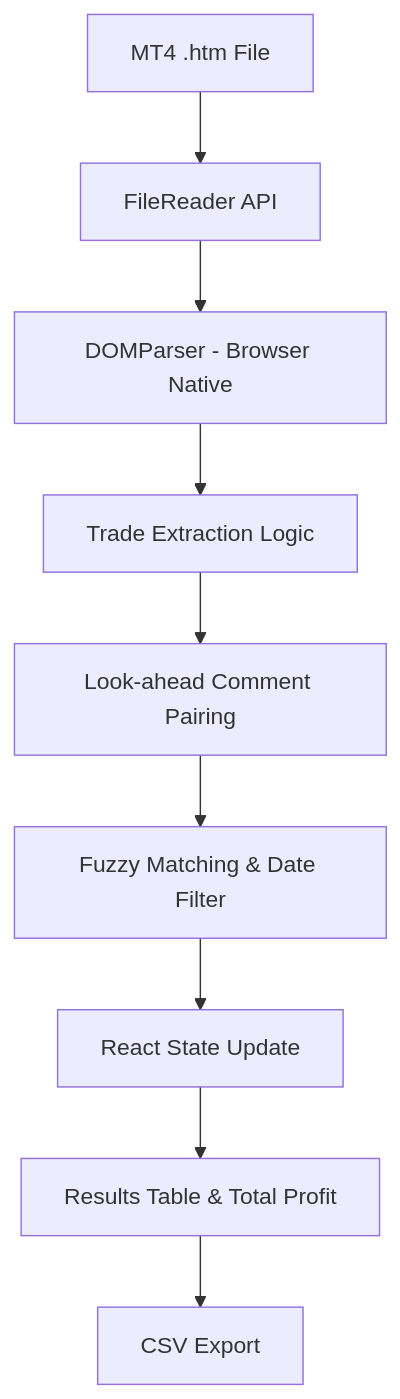
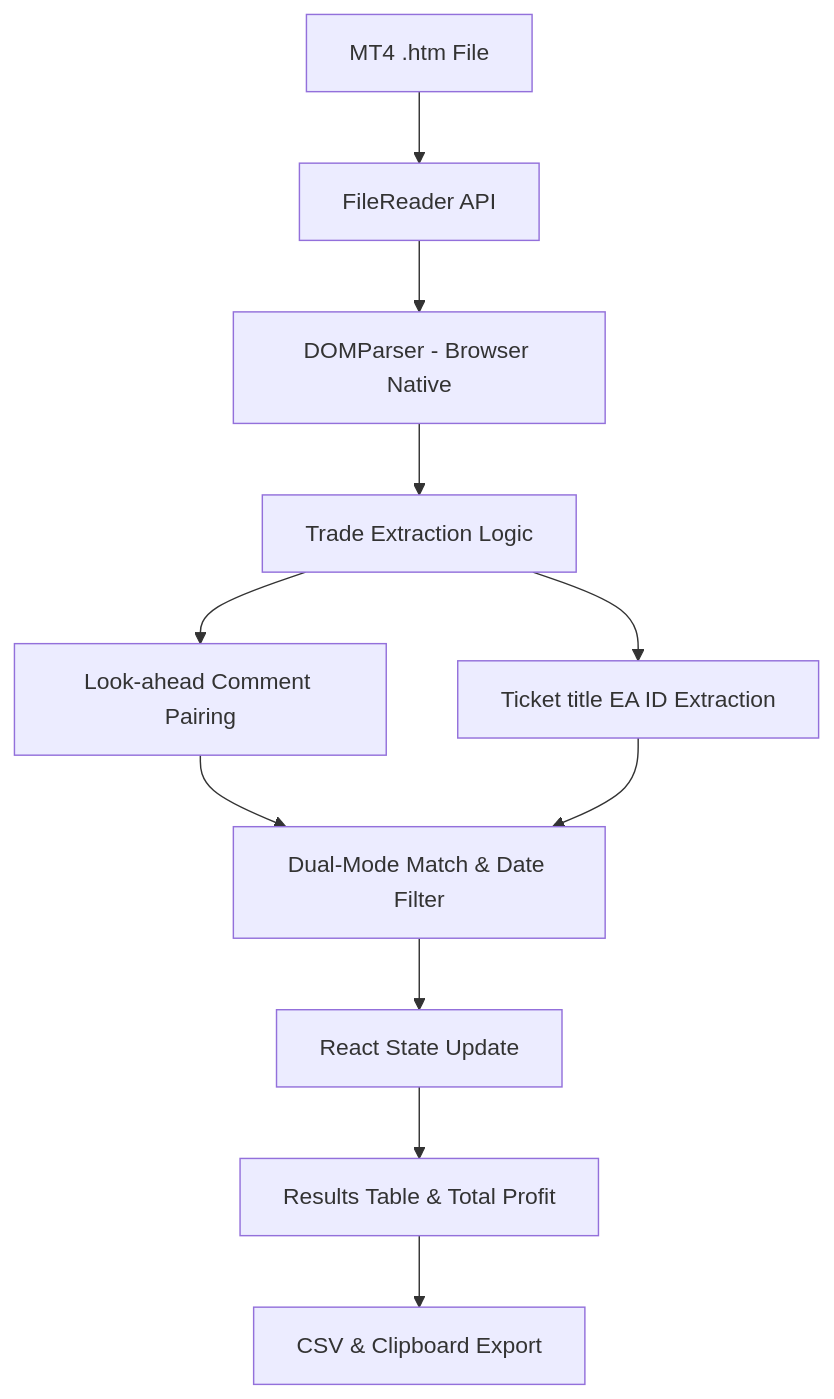
The diagram in metatrader-analyzer-skills/system-design.md (tuannho0802/MetaTrader-Report-Analzyer), drawn with Mermaid before and after one commit. The commit also changed 15 other files, not shown here.

````diff
--- a/metatrader-analyzer-skills/system-design.md
+++ b/metatrader-analyzer-skills/system-design.md
@@ -27,11 +27,13 @@
 ```mermaid
 graph TD
     A[MT4 .htm File] --> B[FileReader API]
     B --> C[DOMParser - Browser Native]
     C --> D[Trade Extraction Logic]
-    D --> E[Look-ahead Comment Pairing]
-    E --> F[Fuzzy Matching & Date Filter]
+    D --> E1[Look-ahead Comment Pairing]
+    D --> E2[Ticket title EA ID Extraction]
+    E1 --> F[Dual-Mode Match & Date Filter]
+    E2 --> F
     F --> G[React State Update]
     G --> H[Results Table & Total Profit]
-    H --> I[CSV Export]
+    H --> I[CSV & Clipboard Export]
 ```
````
